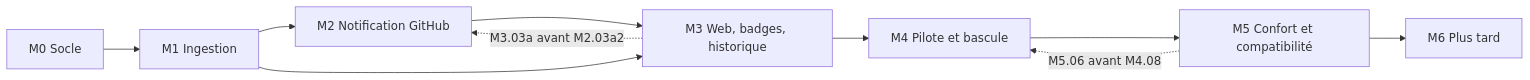
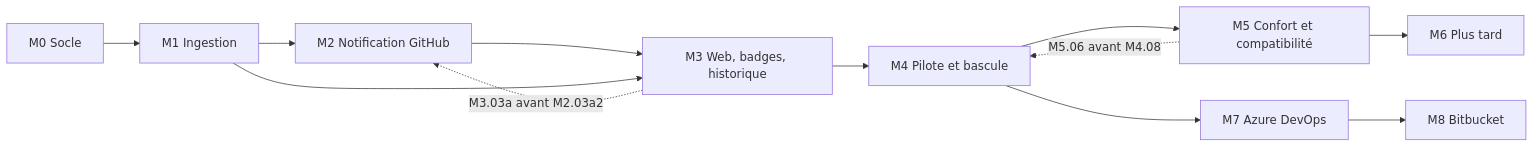
Before and after one commit to gaetanthouvenin/code-coverage: the first of 6 diagrams in docs/PLAN.md, drawn with Mermaid. The commit also changed other lines of this file and 3 other files, not shown here.

````diff
--- a/docs/PLAN.md
+++ b/docs/PLAN.md
@@ -117,12 +121,14 @@
 ```mermaid
 graph LR
   M0["M0 Socle"] --> M1["M1 Ingestion"]
   M1 --> M2["M2 Notification GitHub"]
   M2 --> M3["M3 Web, badges, historique"]
   M1 --> M3
   M3 --> M4["M4 Pilote et bascule"]
   M4 --> M5["M5 Confort et compatibilité"]
   M5 -. "M5.06 avant M4.08" .-> M4
   M3 -. "M3.03a avant M2.03a2" .-> M2
   M5 --> M6["M6 Plus tard"]
+  M4 --> M7["M7 Azure DevOps"]
+  M7 --> M8["M8 Bitbucket"]
 ```
````
